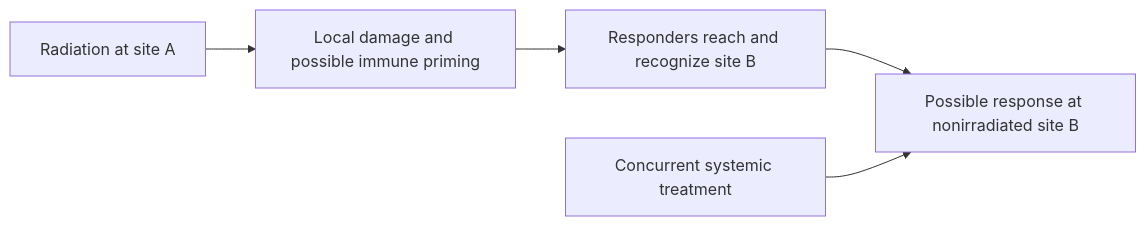
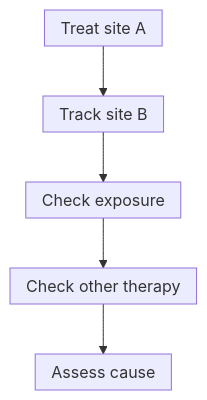
Before and after one commit to jasonLaster/oncoguide: the diagram in wiki/education/concepts/immunology/tumor-immunology/abscopal-effect.md, drawn with Mermaid. The commit also changed other lines of this file and 30 other files, not shown here.

Commit message:
Sync immune signals, local treatment and quality curriculum

````diff
--- a/wiki/education/concepts/immunology/tumor-immunology/abscopal-effect.md
+++ b/wiki/education/concepts/immunology/tumor-immunology/abscopal-effect.md
@@ -36,7 +40,8 @@
 ```mermaid
-flowchart LR
-  A["Radiation at site A"] --> B["Local damage and possible immune priming"]
-  B --> C["Responders reach and recognize site B"]
-  C --> D["Possible response at nonirradiated site B"]
-  E["Concurrent systemic treatment"] --> D
+%%{init: {"htmlLabels":false,"flowchart":{"htmlLabels":false,"padding":8,"nodeSpacing":25}}}%%
+flowchart TD
+  A["Treat site A"] --> B["Track site B"]
+  B --> C["Check exposure"]
+  C --> D["Check other therapy"]
+  D --> E["Assess cause"]
 ```
````
